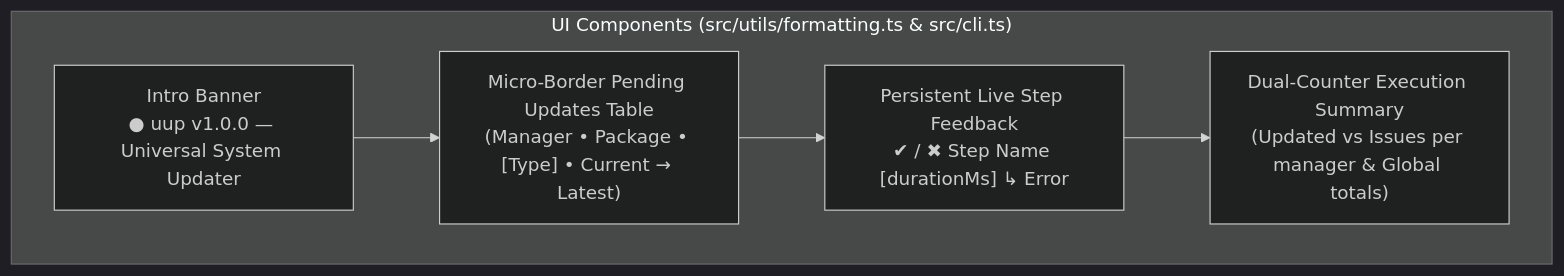
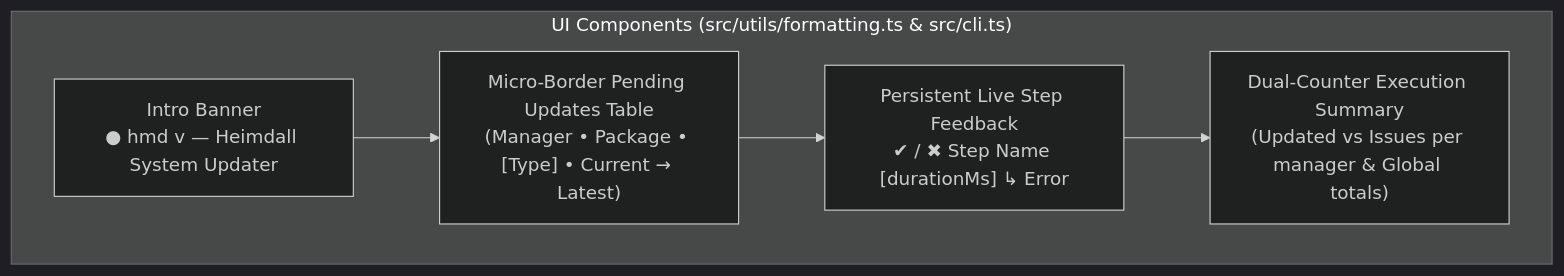
Before and after one commit to dahch/heimdall: the fifth of 5 diagrams in DESIGN.md, drawn with Mermaid (dark theme). The commit also changed other lines of this file and 4 other files, not shown here.

````diff
--- a/DESIGN.md
+++ b/DESIGN.md
@@ -240,13 +240,13 @@
 ```mermaid
 flowchart TD
     subgraph UI_Components ["UI Components (src/utils/formatting.ts & src/cli.ts)"]
-        HeaderBanner["Intro Banner\n● uup v1.0.0 — Universal System Updater"]
+        HeaderBanner["Intro Banner\n● hmd v<version> — Heimdall System Updater"]
         DiffTable["Micro-Border Pending Updates Table\n(Manager • Package • [Type] • Current → Latest)"]
         LiveStep["Persistent Live Step Feedback\n✔ / ✖ Step Name [durationMs] ↳ Error"]
         SummaryCard["Dual-Counter Execution Summary\n(Updated vs Issues per manager & Global totals)"]
     end
 
     HeaderBanner --> DiffTable
     DiffTable --> LiveStep
     LiveStep --> SummaryCard
 ```
````
